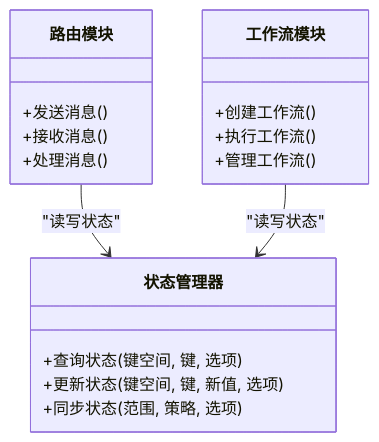
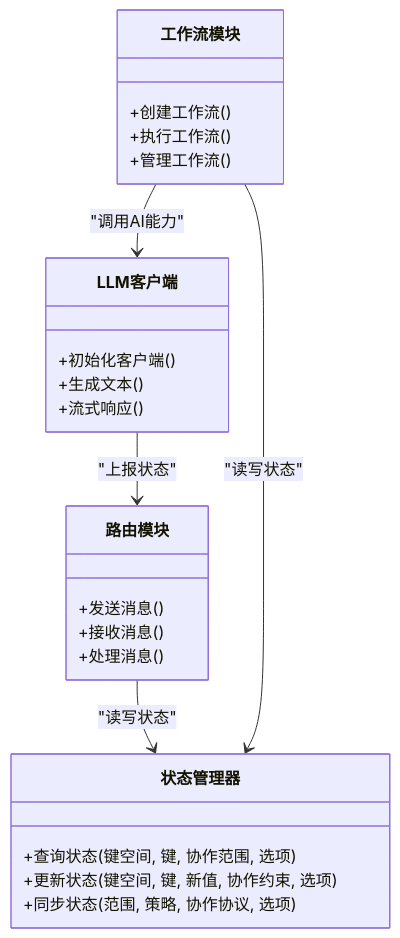
The fifth of 7 diagrams in .qoder/repowiki/zh/content/API参考文档/API参考文档.md (QuStarry/VIB-SparseCommunication), drawn with Mermaid before and after one commit. The commit also changed other lines of this file and 28 other files, not shown here.

````diff
--- a/.qoder/repowiki/zh/content/API参考文档/API参考文档.md
+++ b/.qoder/repowiki/zh/content/API参考文档/API参考文档.md
@@ -209,20 +316,27 @@
 ```mermaid
 classDiagram
 class 状态管理器 {
-+查询状态(键空间, 键, 选项)
-+更新状态(键空间, 键, 新值, 选项)
-+同步状态(范围, 策略, 选项)
++查询状态(键空间, 键, 协作范围, 选项)
++更新状态(键空间, 键, 新值, 协作约束, 选项)
++同步状态(范围, 策略, 协作协议, 选项)
 }
 class 路由模块 {
 +发送消息()
 +接收消息()
 +处理消息()
 }
 class 工作流模块 {
 +创建工作流()
 +执行工作流()
 +管理工作流()
 }
+class LLM客户端 {
++初始化客户端()
++生成文本()
++流式响应()
+}
 路由模块 --> 状态管理器 : "读写状态"
 工作流模块 --> 状态管理器 : "读写状态"
+工作流模块 --> LLM客户端 : "调用AI能力"
+LLM客户端 --> 路由模块 : "上报状态"
 ```
````
